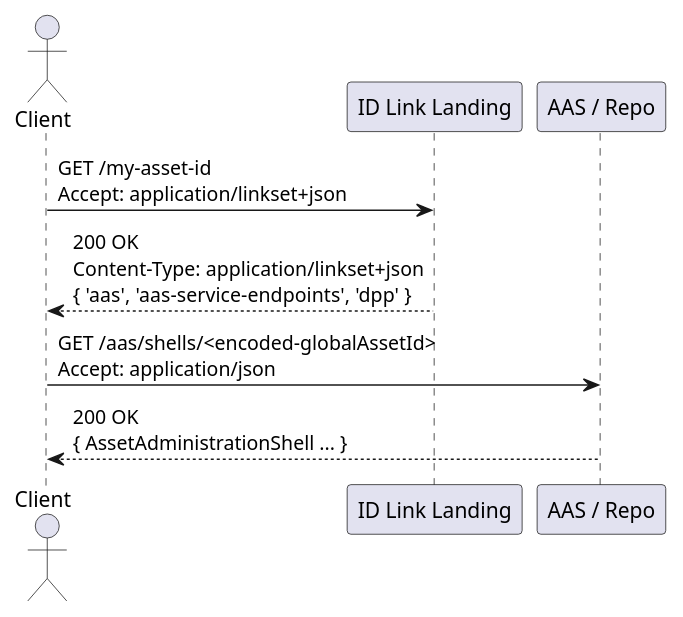
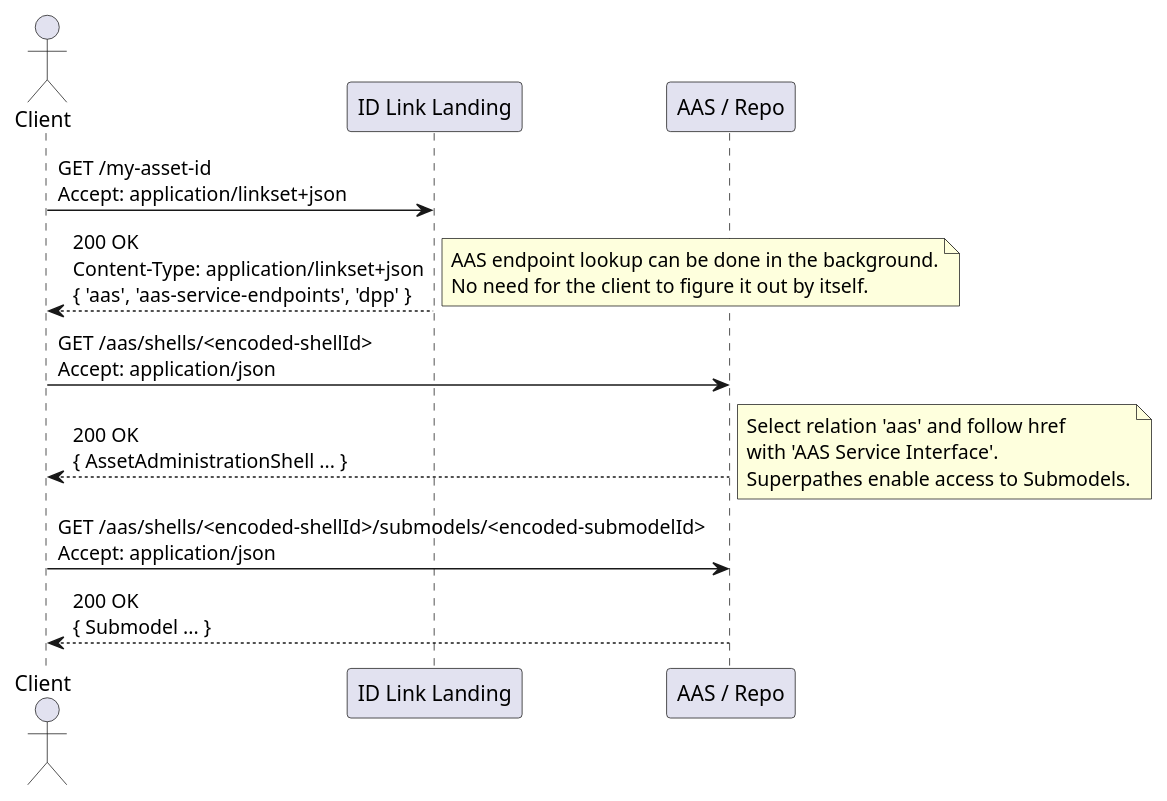
One commit to admin-shell-io/aas-specs-api changed the fourth of 4 diagrams in documentation/IDTA-01002-3/modules/ROOT/pages/http-rest-api/interactions.adoc. Above: the diagram before and after it, drawn with PlantUML. The commit also changed other lines of this file, not shown here.

```diff
--- a/documentation/IDTA-01002-3/modules/ROOT/pages/http-rest-api/interactions.adoc
+++ b/documentation/IDTA-01002-3/modules/ROOT/pages/http-rest-api/interactions.adoc
@@ -179,14 +194,28 @@
 [plantuml, seq-idlink-linkset, svg]
 ....
 @startuml
 actor Client
 participant IDProvider as "ID Link Landing"
 participant AASService as "AAS / Repo"
 
 Client -> IDProvider: GET /my-asset-id\nAccept: application/linkset+json
 IDProvider --> Client: 200 OK\nContent-Type: application/linkset+json\n{ 'aas', 'aas-service-endpoints', 'dpp' }
 
-Client -> AASService: GET /aas/shells/<encoded-globalAssetId>\nAccept: application/json
+note right
+AAS endpoint lookup can be done in the background.
+No need for the client to figure it out by itself.
+end note
+
+Client -> AASService: GET /aas/shells/<encoded-shellId>\nAccept: application/json
 AASService --> Client: 200 OK\n{ AssetAdministrationShell ... }
+
+note right
+Select relation 'aas' and follow href
+with 'AAS Service Interface'.
+Superpathes enable access to Submodels.
+end note
+
+Client -> AASService: GET /aas/shells/<encoded-shellId>/submodels/<encoded-submodelId>\nAccept: application/json
+AASService --> Client: 200 OK\n{ Submodel ... }
 @enduml
 ....
```
